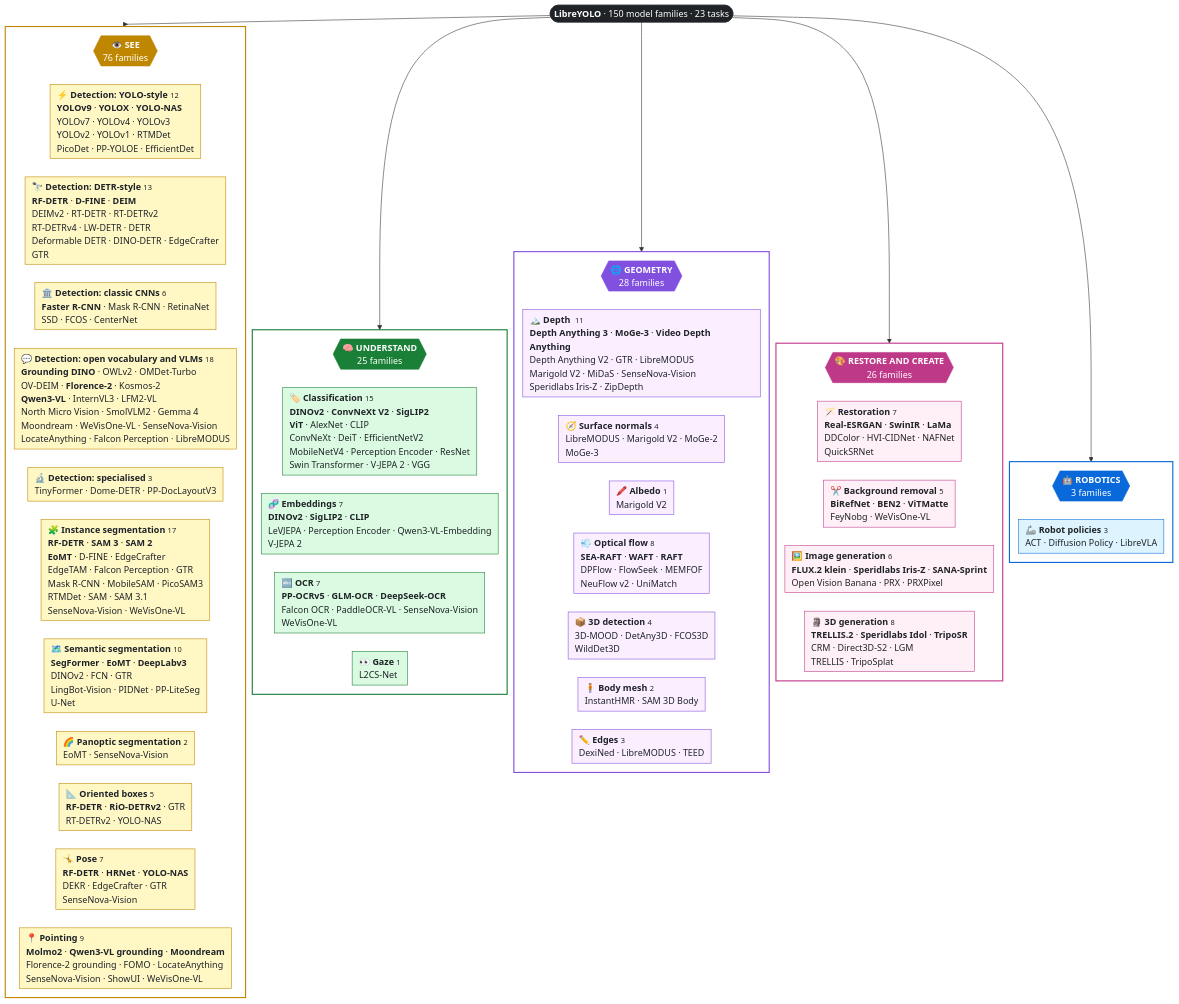
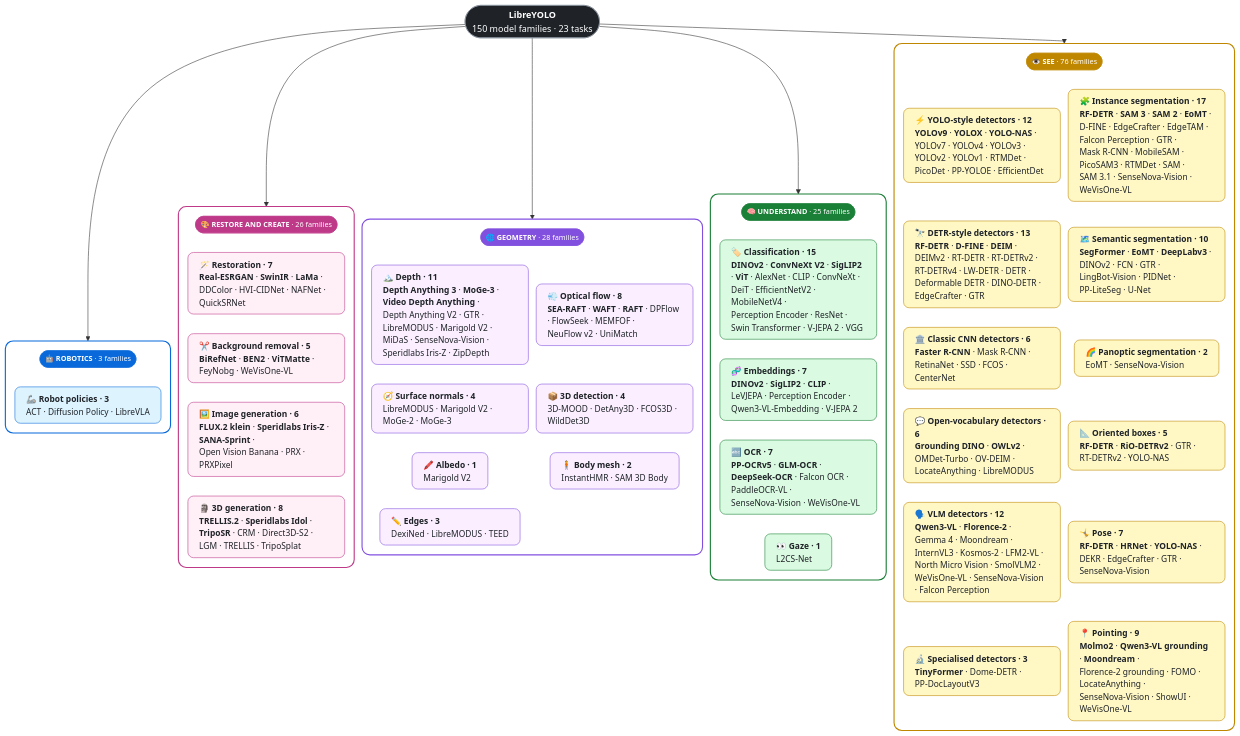
The diagram in README.md (LibreYOLO/libreyolo), drawn with Mermaid before and after one commit.

Commit message:
Model zoo: two-column SEE and GEOMETRY, even cards, light and dark friendly

````diff
--- a/README.md
+++ b/README.md
@@ -161,78 +161,81 @@
 ```mermaid
-%%{init: {"flowchart": {"htmlLabels": true, "wrappingWidth": 400, "nodeSpacing": 12, "rankSpacing": 8, "padding": 6, "diagramPadding": 4}}}%%
+%%{init: {"flowchart": {"htmlLabels": true, "wrappingWidth": 240, "nodeSpacing": 14, "rankSpacing": 10, "padding": 10, "diagramPadding": 6, "curve": "basis"}}}%%
 flowchart TB
-  ROOT(["<b>LibreYOLO</b> · 150 model families · 23 tasks"])
-  subgraph C4[" "]
+  ROOT(["<b>LibreYOLO</b><br/>150 model families · 23 tasks"])
+  subgraph C0[" "]
     direction TB
-    H4{{"<b>🤖 ROBOTICS</b><br/>3 families"}}
-    T4_0["<b>🦾 Robot policies</b>  <small>3</small><br/>ACT · Diffusion Policy · LibreVLA"]:::c4
-    H4 ~~~ T4_0
+    H0(["<b>👁️ SEE</b> · 76 families"])
+    T0_0_0["<b>⚡ YOLO-style detectors · 12</b><br/><b>YOLOv9</b> · <b>YOLOX</b> · <b>YOLO-⁠NAS</b> · YOLOv7 · YOLOv4 · YOLOv3 · YOLOv2 · YOLOv1 · RTMDet · PicoDet · PP-⁠YOLOE · EfficientDet"]:::c0
+    T0_0_1["<b>🔭 DETR-style detectors · 13</b><br/><b>RF-⁠DETR</b> · <b>D-⁠FINE</b> · <b>DEIM</b> · DEIMv2 · RT-⁠DETR · RT-⁠DETRv2 · RT-⁠DETRv4 · LW-⁠DETR · DETR · Deformable DETR · DINO-⁠DETR · EdgeCrafter · GTR"]:::c0
+    T0_0_2["<b>🏛️ Classic CNN detectors · 6</b><br/><b>Faster R-⁠CNN</b> · Mask R-⁠CNN · RetinaNet · SSD · FCOS · CenterNet"]:::c0
+    T0_0_3["<b>💬 Open-vocabulary detectors · 6</b><br/><b>Grounding DINO</b> · <b>OWLv2</b> · OMDet-⁠Turbo · OV-⁠DEIM · LocateAnything · LibreMODUS"]:::c0
+    T0_0_4["<b>🗣️ VLM detectors · 12</b><br/><b>Qwen3-⁠VL</b> · <b>Florence-⁠2</b> · Gemma 4 · Moondream · InternVL3 · Kosmos-⁠2 · LFM2-⁠VL · North Micro Vision · SmolVLM2 · WeVisOne-⁠VL · SenseNova-⁠Vision · Falcon Perception"]:::c0
+    T0_0_5["<b>🔬 Specialised detectors · 3</b><br/><b>TinyFormer</b> · Dome-⁠DETR · PP-⁠DocLayoutV3"]:::c0
+    H0 ~~~ T0_0_0 ~~~ T0_0_1 ~~~ T0_0_2 ~~~ T0_0_3 ~~~ T0_0_4 ~~~ T0_0_5
+    T0_1_0["<b>🧩 Instance segmentation · 17</b><br/><b>RF-⁠DETR</b> · <b>SAM 3</b> · <b>SAM 2</b> · <b>EoMT</b> · D-⁠FINE · EdgeCrafter · EdgeTAM · Falcon Perception · GTR · Mask R-⁠CNN · MobileSAM · PicoSAM3 · RTMDet · SAM · SAM 3.1 · SenseNova-⁠Vision · WeVisOne-⁠VL"]:::c0
+    T0_1_1["<b>🗺️ Semantic segmentation · 10</b><br/><b>SegFormer</b> · <b>EoMT</b> · <b>DeepLabv3</b> · DINOv2 · FCN · GTR · LingBot-⁠Vision · PIDNet · PP-⁠LiteSeg · U-⁠Net"]:::c0
+    T0_1_2["<b>🌈 Panoptic segmentation · 2</b><br/>EoMT · SenseNova-⁠Vision"]:::c0
+    T0_1_3["<b>📐 Oriented boxes · 5</b><br/><b>RF-⁠DETR</b> · <b>RiO-⁠DETRv2</b> · GTR · RT-⁠DETRv2 · YOLO-⁠NAS"]:::c0
+    T0_1_4["<b>🤸 Pose · 7</b><br/><b>RF-⁠DETR</b> · <b>HRNet</b> · <b>YOLO-⁠NAS</b> · DEKR · EdgeCrafter · GTR · SenseNova-⁠Vision"]:::c0
+    T0_1_5["<b>📍 Pointing · 9</b><br/><b>Molmo2</b> · <b>Qwen3-⁠VL grounding</b> · <b>Moondream</b> · Florence-⁠2 grounding · FOMO · LocateAnything · SenseNova-⁠Vision · ShowUI · WeVisOne-⁠VL"]:::c0
+    H0 ~~~ T0_1_0 ~~~ T0_1_1 ~~~ T0_1_2 ~~~ T0_1_3 ~~~ T0_1_4 ~~~ T0_1_5
+  end
+  subgraph C1[" "]
+    direction TB
+    H1(["<b>🧠 UNDERSTAND</b> · 25 families"])
+    T1_0_0["<b>🏷️ Classification · 15</b><br/><b>DINOv2</b> · <b>ConvNeXt V2</b> · <b>SigLIP2</b> · <b>ViT</b> · AlexNet · CLIP · ConvNeXt · DeiT · EfficientNetV2 · MobileNetV4 · Perception Encoder · ResNet · Swin Transformer · V-⁠JEPA 2 · VGG"]:::c1
+    T1_0_1["<b>🧬 Embeddings · 7</b><br/><b>DINOv2</b> · <b>SigLIP2</b> · <b>CLIP</b> · LeVJEPA · Perception Encoder · Qwen3-⁠VL-⁠Embedding · V-⁠JEPA 2"]:::c1
+    T1_0_2["<b>🔤 OCR · 7</b><br/><b>PP-⁠OCRv5</b> · <b>GLM-⁠OCR</b> · <b>DeepSeek-⁠OCR</b> · Falcon OCR · PaddleOCR-⁠VL · SenseNova-⁠Vision · WeVisOne-⁠VL"]:::c1
+    T1_0_3["<b>👀 Gaze · 1</b><br/>L2CS-⁠Net"]:::c1
+    H1 ~~~ T1_0_0 ~~~ T1_0_1 ~~~ T1_0_2 ~~~ T1_0_3
+  end
+  subgraph C2[" "]
+    direction TB
+    H2(["<b>🌐 GEOMETRY</b> · 28 families"])
+    T2_0_0["<b>🏔️ Depth · 11</b><br/><b>Depth Anything 3</b> · <b>MoGe-⁠3</b> · <b>Video Depth Anything</b> · Depth Anything V2 · GTR · LibreMODUS · Marigold V2 · MiDaS · SenseNova-⁠Vision · Speridlabs Iris-⁠Z · ZipDepth"]:::c2
+    T2_0_1["<b>🧭 Surface normals · 4</b><br/>LibreMODUS · Marigold V2 · MoGe-⁠2 · MoGe-⁠3"]:::c2
+    T2_0_2["<b>🖍️ Albedo · 1</b><br/>Marigold V2"]:::c2
+    T2_0_3["<b>✏️ Edges · 3</b><br/>DexiNed · LibreMODUS · TEED"]:::c2
+    H2 ~~~ T2_0_0 ~~~ T2_0_1 ~~~ T2_0_2 ~~~ T2_0_3
+    T2_1_0["<b>💨 Optical flow · 8</b><br/><b>SEA-⁠RAFT</b> · <b>WAFT</b> · <b>RAFT</b> · DPFlow · FlowSeek · MEMFOF · NeuFlow v2 · UniMatch"]:::c2
+    T2_1_1["<b>📦 3D detection · 4</b><br/>3D-⁠MOOD · DetAny3D · FCOS3D · WildDet3D"]:::c2
+    T2_1_2["<b>🧍 Body mesh · 2</b><br/>InstantHMR · SAM 3D Body"]:::c2
+    H2 ~~~ T2_1_0 ~~~ T2_1_1 ~~~ T2_1_2
   end
   subgraph C3[" "]
     direction TB
-    H3{{"<b>🎨 RESTORE AND CREATE</b><br/>26 families"}}
-    T3_0["<b>🪄 Restoration</b>  <small>7</small><br/><b>Real-ESRGAN</b> · <b>SwinIR</b> · <b>LaMa</b><br/>DDColor · HVI-CIDNet · NAFNet<br/>QuickSRNet"]:::c3
-    T3_1["<b>✂️ Background removal</b>  <small>5</small><br/><b>BiRefNet</b> · <b>BEN2</b> · <b>ViTMatte</b><br/>FeyNobg · WeVisOne-VL"]:::c3
-    T3_2["<b>🖼️ Image generation</b>  <small>6</small><br/><b>FLUX.2 klein</b> · <b>Speridlabs Iris-Z</b> · <b>SANA-Sprint</b><br/>Open Vision Banana · PRX · PRXPixel"]:::c3
-    T3_3["<b>🗿 3D generation</b>  <small>8</small><br/><b>TRELLIS.2</b> · <b>Speridlabs Idol</b> · <b>TripoSR</b><br/>CRM · Direct3D-S2 · LGM<br/>TRELLIS · TripoSplat"]:::c3
-    H3 ~~~ T3_0 ~~~ T3_1 ~~~ T3_2 ~~~ T3_3
+    H3(["<b>🎨 RESTORE AND CREATE</b> · 26 families"])
+    T3_0_0["<b>🪄 Restoration · 7</b><br/><b>Real-⁠ESRGAN</b> · <b>SwinIR</b> · <b>LaMa</b> · DDColor · HVI-⁠CIDNet · NAFNet · QuickSRNet"]:::c3
+    T3_0_1["<b>✂️ Background removal · 5</b><br/><b>BiRefNet</b> · <b>BEN2</b> · <b>ViTMatte</b> · FeyNobg · WeVisOne-⁠VL"]:::c3
+    T3_0_2["<b>🖼️ Image generation · 6</b><br/><b>FLUX.2 klein</b> · <b>Speridlabs Iris-⁠Z</b> · <b>SANA-⁠Sprint</b> · Open Vision Banana · PRX · PRXPixel"]:::c3
+    T3_0_3["<b>🗿 3D generation · 8</b><br/><b>TRELLIS.2</b> · <b>Speridlabs Idol</b> · <b>TripoSR</b> · CRM · Direct3D-⁠S2 · LGM · TRELLIS · TripoSplat"]:::c3
+    H3 ~~~ T3_0_0 ~~~ T3_0_1 ~~~ T3_0_2 ~~~ T3_0_3
   end
-  subgraph C2[" "]
+  subgraph C4[" "]
     direction TB
-    H2{{"<b>🌐 GEOMETRY</b><br/>28 families"}}
-    T2_0["<b>🏔️ Depth</b>  <small>11</small><br/><b>Depth Anything 3</b> · <b>MoGe-3</b> · <b>Video Depth Anything</b><br/>Depth Anything V2 · GTR · LibreMODUS<br/>Marigold V2 · MiDaS · SenseNova-Vision<br/>Speridlabs Iris-Z · ZipDepth"]:::c2
-    T2_1["<b>🧭 Surface normals</b>  <small>4</small><br/>LibreMODUS · Marigold V2 · MoGe-2<br/>MoGe-3"]:::c2
-    T2_2["<b>🖍️ Albedo</b>  <small>1</small><br/>Marigold V2"]:::c2
-    T2_3["<b>💨 Optical flow</b>  <small>8</small><br/><b>SEA-RAFT</b> · <b>WAFT</b> · <b>RAFT</b><br/>DPFlow · FlowSeek · MEMFOF<br/>NeuFlow v2 · UniMatch"]:::c2
-    T2_4["<b>📦 3D detection</b>  <small>4</small><br/>3D-MOOD · DetAny3D · FCOS3D<br/>WildDet3D"]:::c2
-    T2_5["<b>🧍 Body mesh</b>  <small>2</small><br/>InstantHMR · SAM 3D Body"]:::c2
-    T2_6["<b>✏️ Edges</b>  <small>3</small><br/>DexiNed · LibreMODUS · TEED"]:::c2
-    H2 ~~~ T2_0 ~~~ T2_1 ~~~ T2_2 ~~~ T2_3 ~~~ T2_4 ~~~ T2_5 ~~~ T2_6
-  end
-  subgraph C1[" "]
-    direction TB
-    H1{{"<b>🧠 UNDERSTAND</b><br/>25 families"}}
-    T1_0["<b>🏷️ Classification</b>  <small>15</small><br/><b>DINOv2</b> · <b>ConvNeXt V2</b> · <b>SigLIP2</b><br/><b>ViT</b> · AlexNet · CLIP<br/>ConvNeXt · DeiT · EfficientNetV2<br/>MobileNetV4 · Perception Encoder · ResNet<br/>Swin Transformer · V-JEPA 2 · VGG"]:::c1
-    T1_1["<b>🧬 Embeddings</b>  <small>7</small><br/><b>DINOv2</b> · <b>SigLIP2</b> · <b>CLIP</b><br/>LeVJEPA · Perception Encoder · Qwen3-VL-Embedding<br/>V-JEPA 2"]:::c1
-    T1_2["<b>🔤 OCR</b>  <small>7</small><br/><b>PP-OCRv5</b> · <b>GLM-OCR</b> · <b>DeepSeek-OCR</b><br/>Falcon OCR · PaddleOCR-VL · SenseNova-Vision<br/>WeVisOne-VL"]:::c1
-    T1_3["<b>👀 Gaze</b>  <small>1</small><br/>L2CS-Net"]:::c1
-    H1 ~~~ T1_0 ~~~ T1_1 ~~~ T1_2 ~~~ T1_3
-  end
-  subgraph C0[" "]
-    direction TB
-    H0{{"<b>👁️ SEE</b><br/>76 families"}}
-    T0_0["<b>⚡ Detection: YOLO-style</b>  <small>12</small><br/><b>YOLOv9</b> · <b>YOLOX</b> · <b>YOLO-NAS</b><br/>YOLOv7 · YOLOv4 · YOLOv3<br/>YOLOv2 · YOLOv1 · RTMDet<br/>PicoDet · PP-YOLOE · EfficientDet"]:::c0
-    T0_1["<b>🔭 Detection: DETR-style</b>  <small>13</small><br/><b>RF-DETR</b> · <b>D-FINE</b> · <b>DEIM</b><br/>DEIMv2 · RT-DETR · RT-DETRv2<br/>RT-DETRv4 · LW-DETR · DETR<br/>Deformable DETR · DINO-DETR · EdgeCrafter<br/>GTR"]:::c0
-    T0_2["<b>🏛️ Detection: classic CNNs</b>  <small>6</small><br/><b>Faster R-CNN</b> · Mask R-CNN · RetinaNet<br/>SSD · FCOS · CenterNet"]:::c0
-    T0_3["<b>💬 Detection: open vocabulary and VLMs</b>  <small>18</small><br/><b>Grounding DINO</b> · OWLv2 · OMDet-Turbo<br/>OV-DEIM · <b>Florence-2</b> · Kosmos-2<br/><b>Qwen3-VL</b> · InternVL3 · LFM2-VL<br/>North Micro Vision · SmolVLM2 · Gemma 4<br/>Moondream · WeVisOne-VL · SenseNova-Vision<br/>LocateAnything · Falcon Perception · LibreMODUS"]:::c0
-    T0_4["<b>🔬 Detection: specialised</b>  <small>3</small><br/>TinyFormer · Dome-DETR · PP-DocLayoutV3"]:::c0
-    T0_5["<b>🧩 Instance segmentation</b>  <small>17</small><br/><b>RF-DETR</b> · <b>SAM 3</b> · <b>SAM 2</b><br/><b>EoMT</b> · D-FINE · EdgeCrafter<br/>EdgeTAM · Falcon Perception · GTR<br/>Mask R-CNN · MobileSAM · PicoSAM3<br/>RTMDet · SAM · SAM 3.1<br/>SenseNova-Vision · WeVisOne-VL"]:::c0
-    T0_6["<b>🗺️ Semantic segmentation</b>  <small>10</small><br/><b>SegFormer</b> · <b>EoMT</b> · <b>DeepLabv3</b><br/>DINOv2 · FCN · GTR<br/>LingBot-Vision · PIDNet · PP-LiteSeg<br/>U-Net"]:::c0
-    T0_7["<b>🌈 Panoptic segmentation</b>  <small>2</small><br/>EoMT · SenseNova-Vision"]:::c0
-    T0_8["<b>📐 Oriented boxes</b>  <small>5</small><br/><b>RF-DETR</b> · <b>RiO-DETRv2</b> · GTR<br/>RT-DETRv2 · YOLO-NAS"]:::c0
-    T0_9["<b>🤸 Pose</b>  <small>7</small><br/><b>RF-DETR</b> · <b>HRNet</b> · <b>YOLO-NAS</b><br/>DEKR · EdgeCrafter · GTR<br/>SenseNova-Vision"]:::c0
-    T0_10["<b>📍 Pointing</b>  <small>9</small><br/><b>Molmo2</b> · <b>Qwen3-VL grounding</b> · <b>Moondream</b><br/>Florence-2 grounding · FOMO · LocateAnything<br/>SenseNova-Vision · ShowUI · WeVisOne-VL"]:::c0
-    H0 ~~~ T0_0 ~~~ T0_1 ~~~ T0_2 ~~~ T0_3 ~~~ T0_4 ~~~ T0_5 ~~~ T0_6 ~~~ T0_7 ~~~ T0_8 ~~~ T0_9 ~~~ T0_10
+    H4(["<b>🤖 ROBOTICS</b> · 3 families"])
+    T4_0_0["<b>🦾 Robot policies · 3</b><br/>ACT · Diffusion Policy · LibreVLA"]:::c4
+    H4 ~~~ T4_0_0
   end
   ROOT --> H0
   ROOT --> H1
   ROOT --> H2
   ROOT --> H3
   ROOT --> H4
-  style ROOT fill:#1f2328,stroke:#1f2328,color:#ffffff
-  classDef c0 fill:#fff8c5,stroke:#bf8700,color:#1f2328,text-align:left
-  style C0 fill:#ffffff,stroke:#bf8700,stroke-width:2px
-  style H0 fill:#bf8700,stroke:#bf8700,color:#ffffff
-  classDef c1 fill:#dafbe1,stroke:#1a7f37,color:#1f2328,text-align:left
-  style C1 fill:#ffffff,stroke:#1a7f37,stroke-width:2px
-  style H1 fill:#1a7f37,stroke:#1a7f37,color:#ffffff
-  classDef c2 fill:#fbefff,stroke:#8250df,color:#1f2328,text-align:left
-  style C2 fill:#ffffff,stroke:#8250df,stroke-width:2px
-  style H2 fill:#8250df,stroke:#8250df,color:#ffffff
-  classDef c3 fill:#ffeff7,stroke:#bf3989,color:#1f2328,text-align:left
-  style C3 fill:#ffffff,stroke:#bf3989,stroke-width:2px
-  style H3 fill:#bf3989,stroke:#bf3989,color:#ffffff
-  classDef c4 fill:#ddf4ff,stroke:#0969da,color:#1f2328,text-align:left
-  style C4 fill:#ffffff,stroke:#0969da,stroke-width:2px
-  style H4 fill:#0969da,stroke:#0969da,color:#ffffff
+  style ROOT fill:#1f2328,stroke:#8b949e,stroke-width:1px,color:#ffffff,font-size:16px
+  classDef c0 fill:#fff8c5,stroke:#bf8700,stroke-width:1px,color:#1f2328,font-size:15px,text-align:left,rx:10,ry:10
+  style C0 fill:transparent,stroke:#bf8700,stroke-width:2px,rx:14,ry:14
+  style H0 fill:#bf8700,stroke:#bf8700,color:#ffffff,font-size:13px
+  classDef c1 fill:#dafbe1,stroke:#1a7f37,stroke-width:1px,color:#1f2328,font-size:15px,text-align:left,rx:10,ry:10
+  style C1 fill:transparent,stroke:#1a7f37,stroke-width:2px,rx:14,ry:14
+  style H1 fill:#1a7f37,stroke:#1a7f37,color:#ffffff,font-size:13px
+  classDef c2 fill:#fbefff,stroke:#8250df,stroke-width:1px,color:#1f2328,font-size:15px,text-align:left,rx:10,ry:10
+  style C2 fill:transparent,stroke:#8250df,stroke-width:2px,rx:14,ry:14
+  style H2 fill:#8250df,stroke:#8250df,color:#ffffff,font-size:13px
+  classDef c3 fill:#ffeff7,stroke:#bf3989,stroke-width:1px,color:#1f2328,font-size:15px,text-align:left,rx:10,ry:10
+  style C3 fill:transparent,stroke:#bf3989,stroke-width:2px,rx:14,ry:14
+  style H3 fill:#bf3989,stroke:#bf3989,color:#ffffff,font-size:13px
+  classDef c4 fill:#ddf4ff,stroke:#0969da,stroke-width:1px,color:#1f2328,font-size:15px,text-align:left,rx:10,ry:10
+  style C4 fill:transparent,stroke:#0969da,stroke-width:2px,rx:14,ry:14
+  style H4 fill:#0969da,stroke:#0969da,color:#ffffff,font-size:13px
 ```
````
